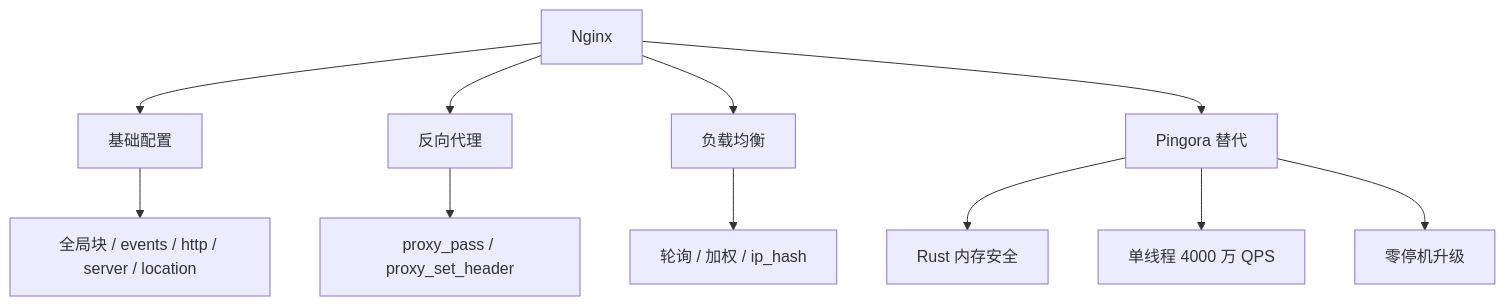
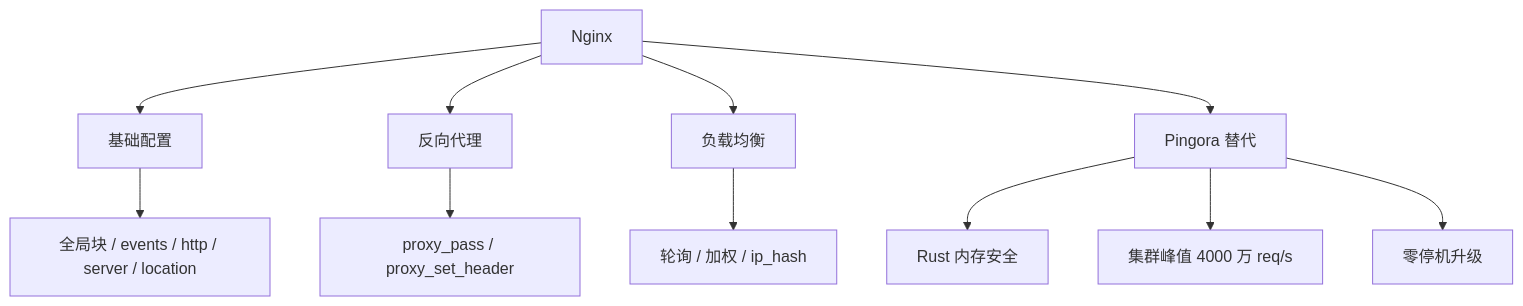
One commit to wb04307201/note changed the diagram in 07.devops-and-tools/01-tools/04-nginx/README.md. Above: the diagram before and after it, drawn with Mermaid. The commit also changed other lines of this file and 62 other files, not shown here.

````diff
--- a/07.devops-and-tools/01-tools/04-nginx/README.md
+++ b/07.devops-and-tools/01-tools/04-nginx/README.md
@@ -30,16 +30,16 @@
 ```mermaid
 graph TB
     Nginx["Nginx"]
     Nginx --> N1["基础配置"]
     Nginx --> N2["反向代理"]
     Nginx --> N3["负载均衡"]
 
     N1 --> Block["全局块 / events / http / server / location"]
     N2 --> Proxy["proxy_pass / proxy_set_header"]
     N3 --> Strategy["轮询 / 加权 / ip_hash"]
 
     Nginx --> Pingora["Pingora 替代"]
     Pingora --> P1["Rust 内存安全"]
-    Pingora --> P2["单线程 4000 万 QPS"]
+    Pingora --> P2["集群峰值 4000 万 req/s"]
     Pingora --> P3["零停机升级"]
 ```
````
